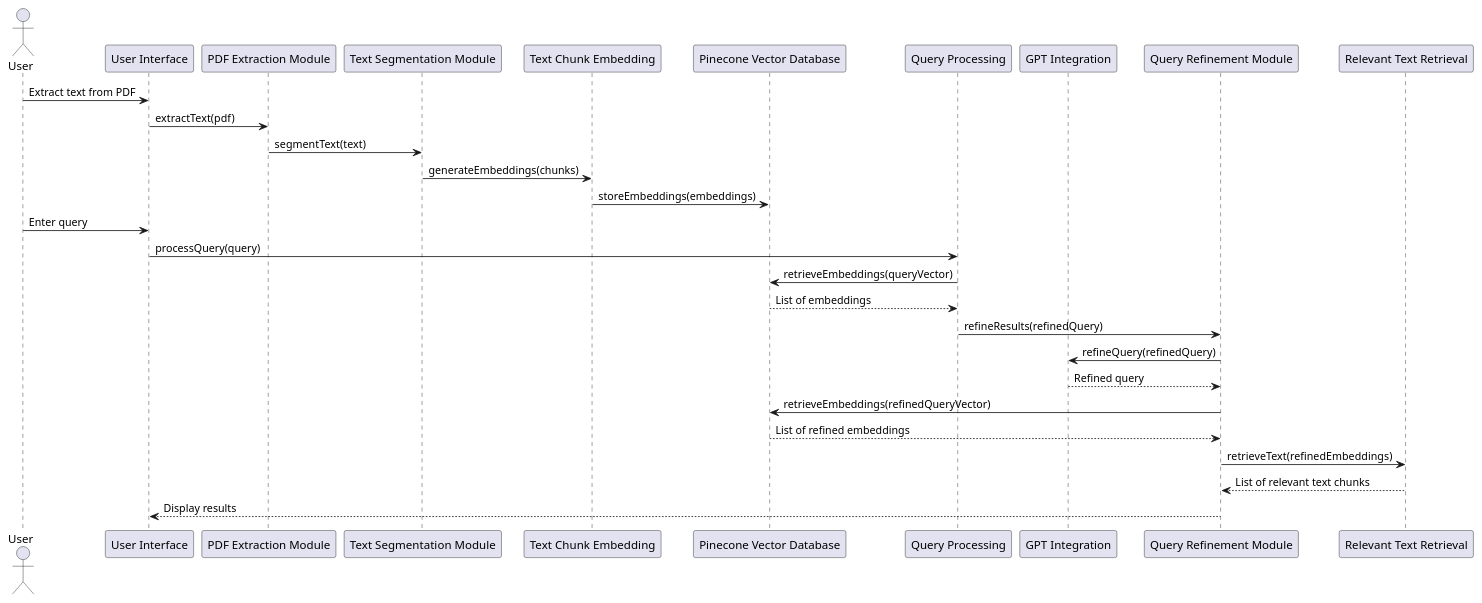
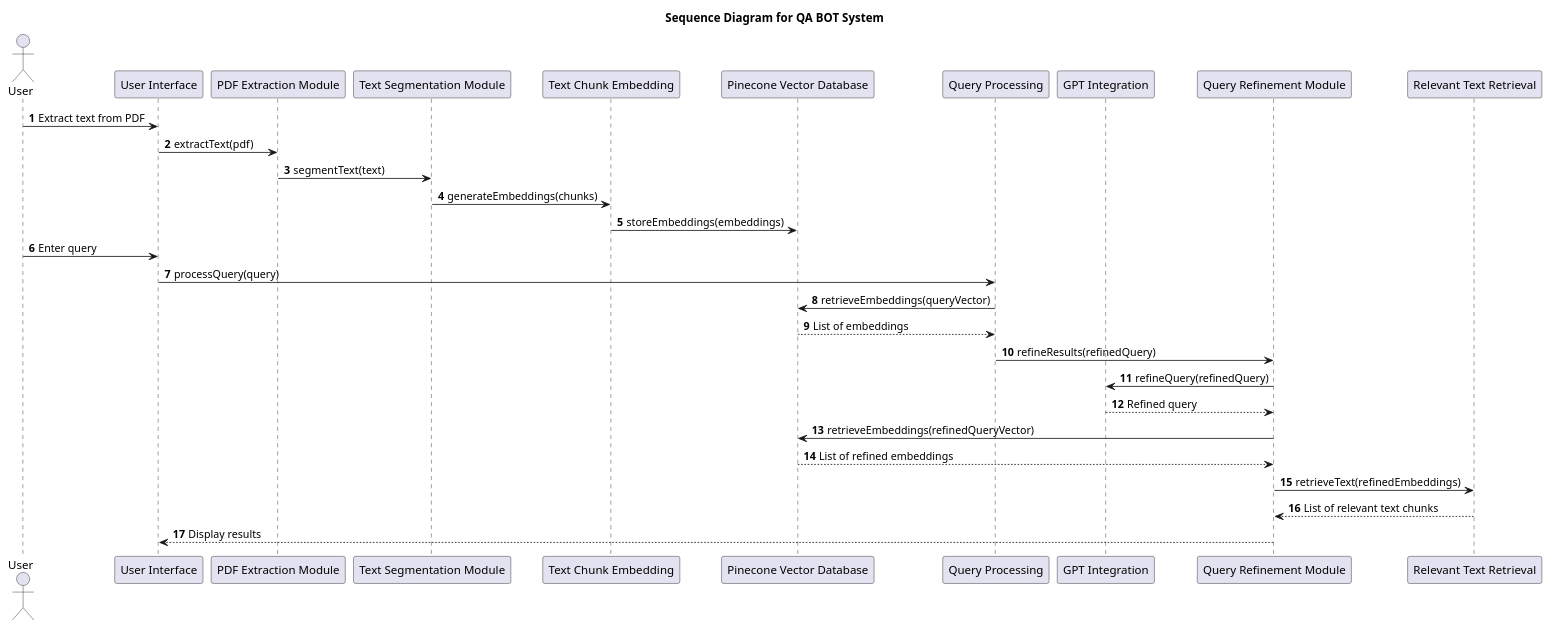
The diagram in assignment/ai_ml/docs/seuence.puml (satyamvatstyagi/data-science-practice), drawn with PlantUML before and after one commit. The commit also changed 5 other files, not shown here.

```diff
--- a/assignment/ai_ml/docs/seuence.puml
+++ b/assignment/ai_ml/docs/seuence.puml
@@ -1,33 +1,36 @@
-@startuml Sequence Diagram for QA BOT System
+@startuml SequenceDiagram_QA_BOT_System
+title Sequence Diagram for QA BOT System
+
+autonumber
 
 actor User
 participant "User Interface" as UI
 participant "PDF Extraction Module" as PEM
 participant "Text Segmentation Module" as TSM
 participant "Text Chunk Embedding" as TCE
 participant "Pinecone Vector Database" as PVDB
 participant "Query Processing" as QP
 participant "GPT Integration" as GPT
 participant "Query Refinement Module" as QRM
 participant "Relevant Text Retrieval" as RTR
 
 User -> UI: Extract text from PDF
 UI -> PEM: extractText(pdf)
 PEM -> TSM: segmentText(text)
 TSM -> TCE: generateEmbeddings(chunks)
 TCE -> PVDB: storeEmbeddings(embeddings)
 
 User -> UI: Enter query
 UI -> QP: processQuery(query)
 QP -> PVDB: retrieveEmbeddings(queryVector)
 PVDB --> QP: List of embeddings
 QP -> QRM: refineResults(refinedQuery)
 QRM -> GPT: refineQuery(refinedQuery)
 GPT --> QRM: Refined query
 QRM -> PVDB: retrieveEmbeddings(refinedQueryVector)
 PVDB --> QRM: List of refined embeddings
 QRM -> RTR: retrieveText(refinedEmbeddings)
 RTR --> QRM: List of relevant text chunks
 QRM --> UI: Display results
 
 @enduml
```
